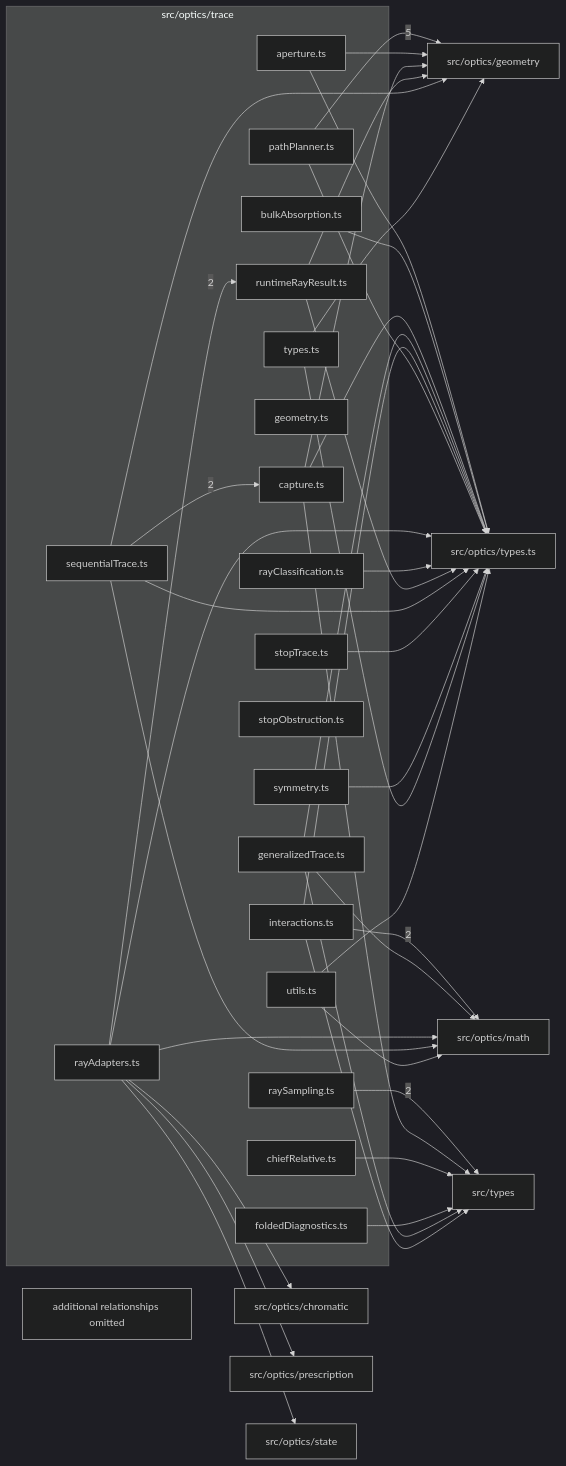
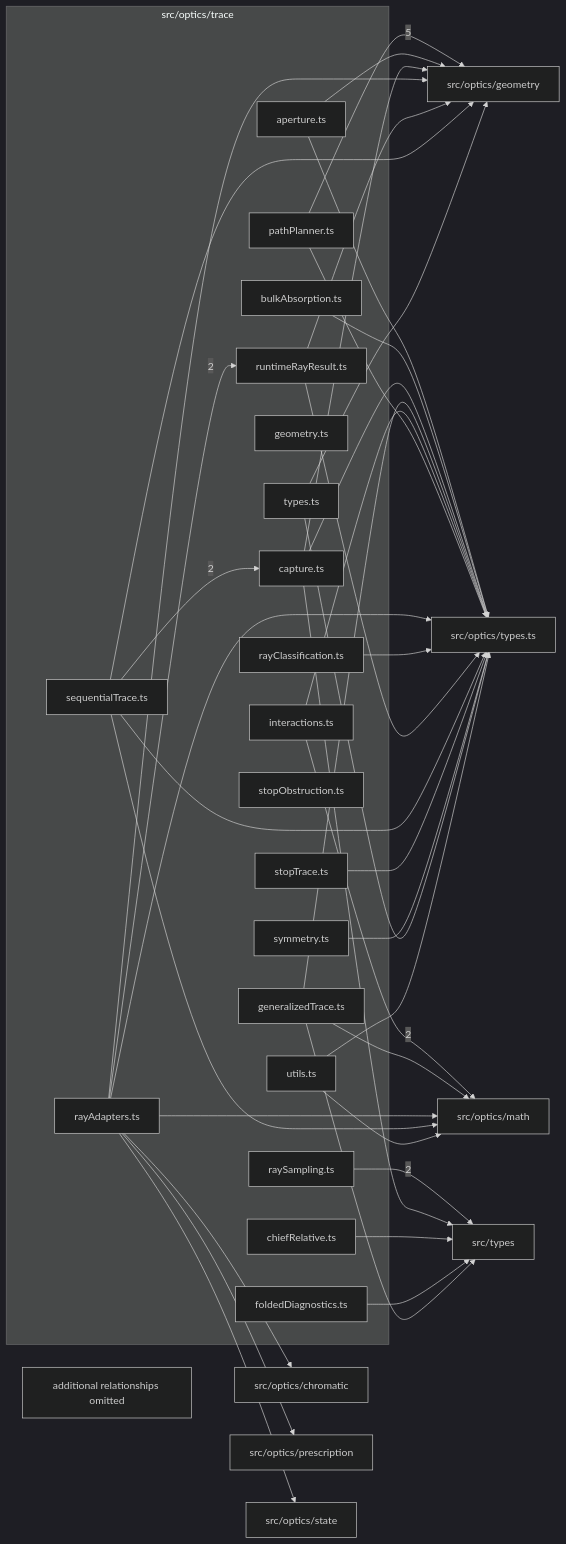
One commit to ronbuening/LensVisualizer changed the diagram in src/optics/trace/readme.md. Above: the diagram before and after it, drawn with Mermaid (dark theme). The commit also changed other lines of this file and 17 other files, not shown here.

````diff
--- a/src/optics/trace/readme.md
+++ b/src/optics/trace/readme.md
@@ -9,68 +9,68 @@
 ```mermaid
 flowchart LR
   subgraph n_src_optics_trace["src/optics/trace"]
     n_src_optics_trace_src_optics_trace_aperture_ts["aperture.ts"]
     n_src_optics_trace_src_optics_trace_bulkAbsorption_ts["bulkAbsorption.ts"]
     n_src_optics_trace_src_optics_trace_capture_ts["capture.ts"]
     n_src_optics_trace_src_optics_trace_chiefRelative_ts["chiefRelative.ts"]
     n_src_optics_trace_src_optics_trace_foldedDiagnostics_ts["foldedDiagnostics.ts"]
     n_src_optics_trace_src_optics_trace_generalizedTrace_ts["generalizedTrace.ts"]
     n_src_optics_trace_src_optics_trace_geometry_ts["geometry.ts"]
     n_src_optics_trace_src_optics_trace_interactions_ts["interactions.ts"]
     n_src_optics_trace_src_optics_trace_pathPlanner_ts["pathPlanner.ts"]
     n_src_optics_trace_src_optics_trace_rayAdapters_ts["rayAdapters.ts"]
     n_src_optics_trace_src_optics_trace_rayClassification_ts["rayClassification.ts"]
     n_src_optics_trace_src_optics_trace_raySampling_ts["raySampling.ts"]
     n_src_optics_trace_src_optics_trace_runtimeRayResult_ts["runtimeRayResult.ts"]
     n_src_optics_trace_src_optics_trace_sequentialTrace_ts["sequentialTrace.ts"]
     n_src_optics_trace_src_optics_trace_stopObstruction_ts["stopObstruction.ts"]
     n_src_optics_trace_src_optics_trace_stopTrace_ts["stopTrace.ts"]
     n_src_optics_trace_src_optics_trace_symmetry_ts["symmetry.ts"]
     n_src_optics_trace_src_optics_trace_types_ts["types.ts"]
     n_src_optics_trace_src_optics_trace_utils_ts["utils.ts"]
   end
   n_external_src_optics_geometry["src/optics/geometry"]
   n_external_src_optics_math["src/optics/math"]
   n_external_src_types["src/types"]
   n_external_src_optics_chromatic["src/optics/chromatic"]
   n_external_src_optics_prescription["src/optics/prescription"]
   n_external_src_optics_state["src/optics/state"]
   n_external_src_optics_types_ts["src/optics/types.ts"]
   n_src_optics_trace_src_optics_trace_pathPlanner_ts --> |5| n_external_src_optics_geometry
   n_src_optics_trace_src_optics_trace_interactions_ts --> |2| n_external_src_optics_math
   n_src_optics_trace_src_optics_trace_raySampling_ts --> |2| n_external_src_types
   n_src_optics_trace_src_optics_trace_sequentialTrace_ts --> |2| n_src_optics_trace_src_optics_trace_capture_ts
   n_src_optics_trace_src_optics_trace_rayAdapters_ts --> |2| n_src_optics_trace_src_optics_trace_runtimeRayResult_ts
   n_src_optics_trace_src_optics_trace_rayAdapters_ts --> n_external_src_optics_chromatic
   n_src_optics_trace_src_optics_trace_aperture_ts --> n_external_src_optics_geometry
   n_src_optics_trace_src_optics_trace_capture_ts --> n_external_src_optics_geometry
+  n_src_optics_trace_src_optics_trace_rayAdapters_ts --> n_external_src_optics_geometry
   n_src_optics_trace_src_optics_trace_runtimeRayResult_ts --> n_external_src_optics_geometry
   n_src_optics_trace_src_optics_trace_sequentialTrace_ts --> n_external_src_optics_geometry
   n_src_optics_trace_src_optics_trace_types_ts --> n_external_src_optics_geometry
   n_src_optics_trace_src_optics_trace_generalizedTrace_ts --> n_external_src_optics_math
   n_src_optics_trace_src_optics_trace_rayAdapters_ts --> n_external_src_optics_math
   n_src_optics_trace_src_optics_trace_sequentialTrace_ts --> n_external_src_optics_math
   n_src_optics_trace_src_optics_trace_utils_ts --> n_external_src_optics_math
   n_src_optics_trace_src_optics_trace_rayAdapters_ts --> n_external_src_optics_prescription
   n_src_optics_trace_src_optics_trace_rayAdapters_ts --> n_external_src_optics_state
   n_src_optics_trace_src_optics_trace_aperture_ts --> n_external_src_optics_types_ts
   n_src_optics_trace_src_optics_trace_bulkAbsorption_ts --> n_external_src_optics_types_ts
   n_src_optics_trace_src_optics_trace_capture_ts --> n_external_src_optics_types_ts
   n_src_optics_trace_src_optics_trace_generalizedTrace_ts --> n_external_src_optics_types_ts
   n_src_optics_trace_src_optics_trace_interactions_ts --> n_external_src_optics_types_ts
   n_src_optics_trace_src_optics_trace_pathPlanner_ts --> n_external_src_optics_types_ts
   n_src_optics_trace_src_optics_trace_rayAdapters_ts --> n_external_src_optics_types_ts
   n_src_optics_trace_src_optics_trace_rayClassification_ts --> n_external_src_optics_types_ts
   n_src_optics_trace_src_optics_trace_runtimeRayResult_ts --> n_external_src_optics_types_ts
   n_src_optics_trace_src_optics_trace_sequentialTrace_ts --> n_external_src_optics_types_ts
   n_src_optics_trace_src_optics_trace_stopTrace_ts --> n_external_src_optics_types_ts
   n_src_optics_trace_src_optics_trace_symmetry_ts --> n_external_src_optics_types_ts
   n_src_optics_trace_src_optics_trace_types_ts --> n_external_src_optics_types_ts
   n_src_optics_trace_src_optics_trace_utils_ts --> n_external_src_optics_types_ts
   n_src_optics_trace_src_optics_trace_capture_ts --> n_external_src_types
   n_src_optics_trace_src_optics_trace_chiefRelative_ts --> n_external_src_types
   n_src_optics_trace_src_optics_trace_foldedDiagnostics_ts --> n_external_src_types
   n_src_optics_trace_src_optics_trace_generalizedTrace_ts --> n_external_src_types
-  n_src_optics_trace_src_optics_trace_interactions_ts --> n_external_src_types
   n_src_optics_trace_truncated["additional relationships omitted"]
 ```
````
